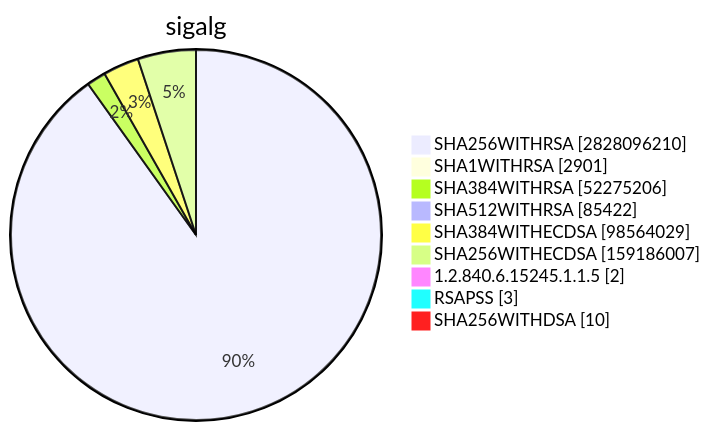
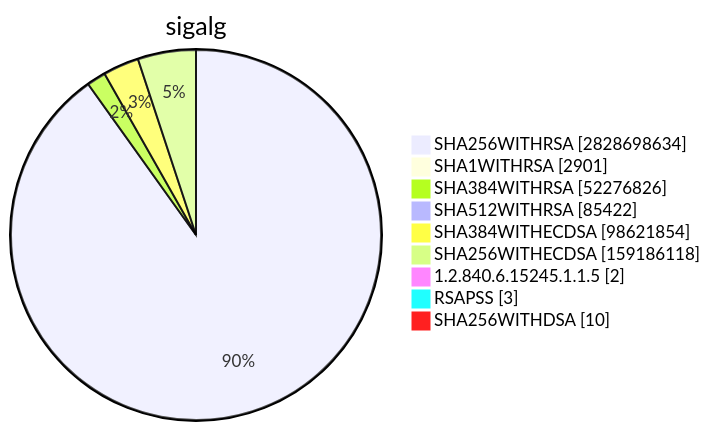
One commit to christiankrug/ctmonitor_visualization changed diagram 15 of 15 in TOTAL/README.md. Above: the diagram before and after it, drawn with Mermaid. The commit also changed other lines of this file, not shown here.

````diff
--- a/TOTAL/README.md
+++ b/TOTAL/README.md
@@ -6205,13 +6205,13 @@
 ```mermaid
 pie showData
 title sigalg
-"SHA256WITHRSA" :2828096210
+"SHA256WITHRSA" :2828698634
 "SHA1WITHRSA" :2901
-"SHA384WITHRSA" :52275206
+"SHA384WITHRSA" :52276826
 "SHA512WITHRSA" :85422
-"SHA384WITHECDSA" :98564029
-"SHA256WITHECDSA" :159186007
+"SHA384WITHECDSA" :98621854
+"SHA256WITHECDSA" :159186118
 "1.2.840.6.15245.1.1.5" :2
 "RSAPSS" :3
 "SHA256WITHDSA" :10
 ```
````
